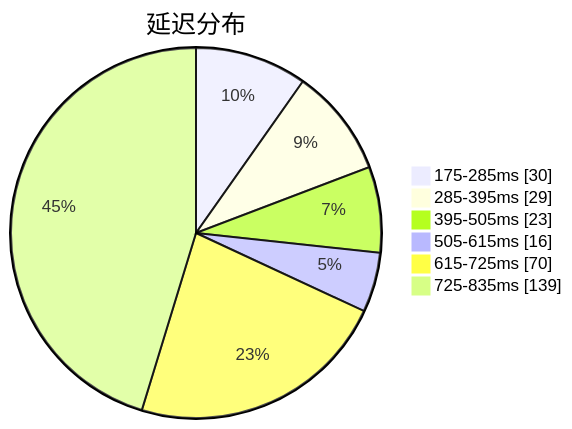
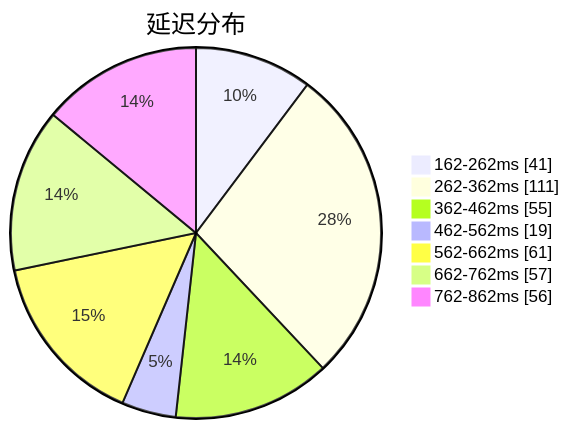
Before and after one commit to qjlxg/airport: the first of 3 diagrams in subs/statistics/tested_within.md, drawn with Mermaid. The commit also changed other lines of this file and 2 other files, not shown here.

````diff
--- a/subs/statistics/tested_within.md
+++ b/subs/statistics/tested_within.md
@@ -2,10 +2,11 @@
 ```mermaid
 pie showData
 title 延迟分布
-"175-285ms" : 30
-"285-395ms" : 29
-"395-505ms" : 23
-"505-615ms" : 16
-"615-725ms" : 70
-"725-835ms" : 139
+"162-262ms" : 41
+"262-362ms" : 111
+"362-462ms" : 55
+"462-562ms" : 19
+"562-662ms" : 61
+"662-762ms" : 57
+"762-862ms" : 56
 ```
````
